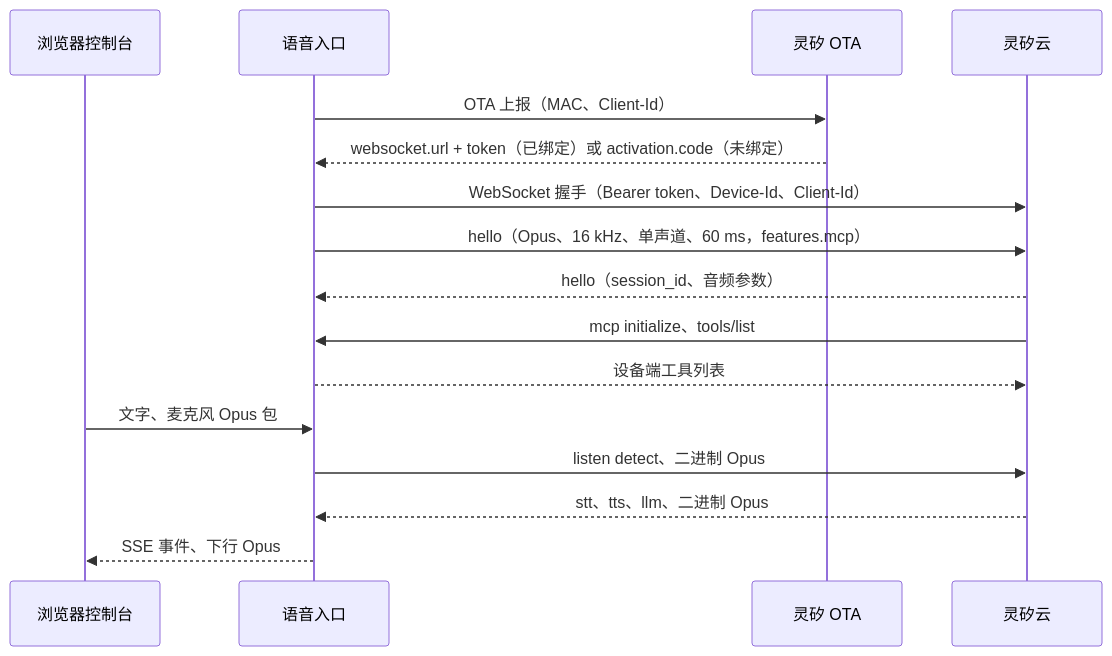
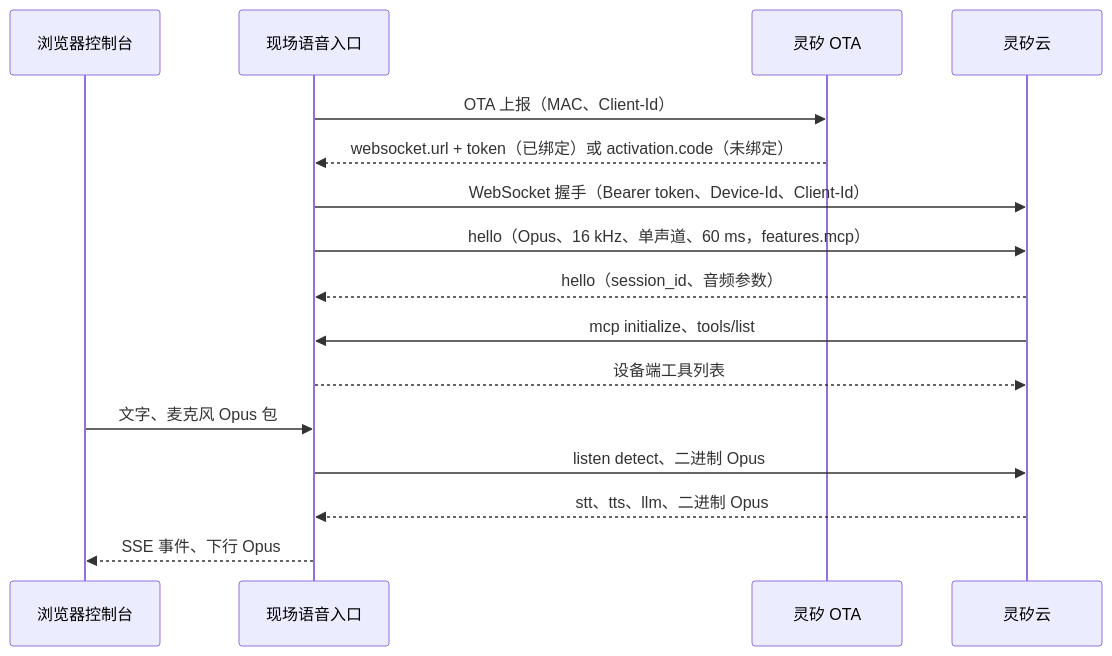
One commit to open-anywhere/open-anywhere changed the third of 3 diagrams in docs/architecture.md. Above: the diagram before and after it, drawn with Mermaid. The commit also changed other lines of this file, not shown here.

````diff
--- a/docs/architecture.md
+++ b/docs/architecture.md
@@ -512,19 +527,19 @@
 ```mermaid
 sequenceDiagram
   participant B as 浏览器控制台
-  participant K as 语音入口
+  participant K as 现场语音入口
   participant O as 灵矽 OTA
   participant L as 灵矽云
 
   K->>O: OTA 上报（MAC、Client-Id）
   O-->>K: websocket.url + token（已绑定）或 activation.code（未绑定）
   K->>L: WebSocket 握手（Bearer token、Device-Id、Client-Id）
   K->>L: hello（Opus、16 kHz、单声道、60 ms，features.mcp）
   L-->>K: hello（session_id、音频参数）
   L->>K: mcp initialize、tools/list
   K-->>L: 设备端工具列表
   B->>K: 文字、麦克风 Opus 包
   K->>L: listen detect、二进制 Opus
   L-->>K: stt、tts、llm、二进制 Opus
   K-->>B: SSE 事件、下行 Opus
 ```
````
